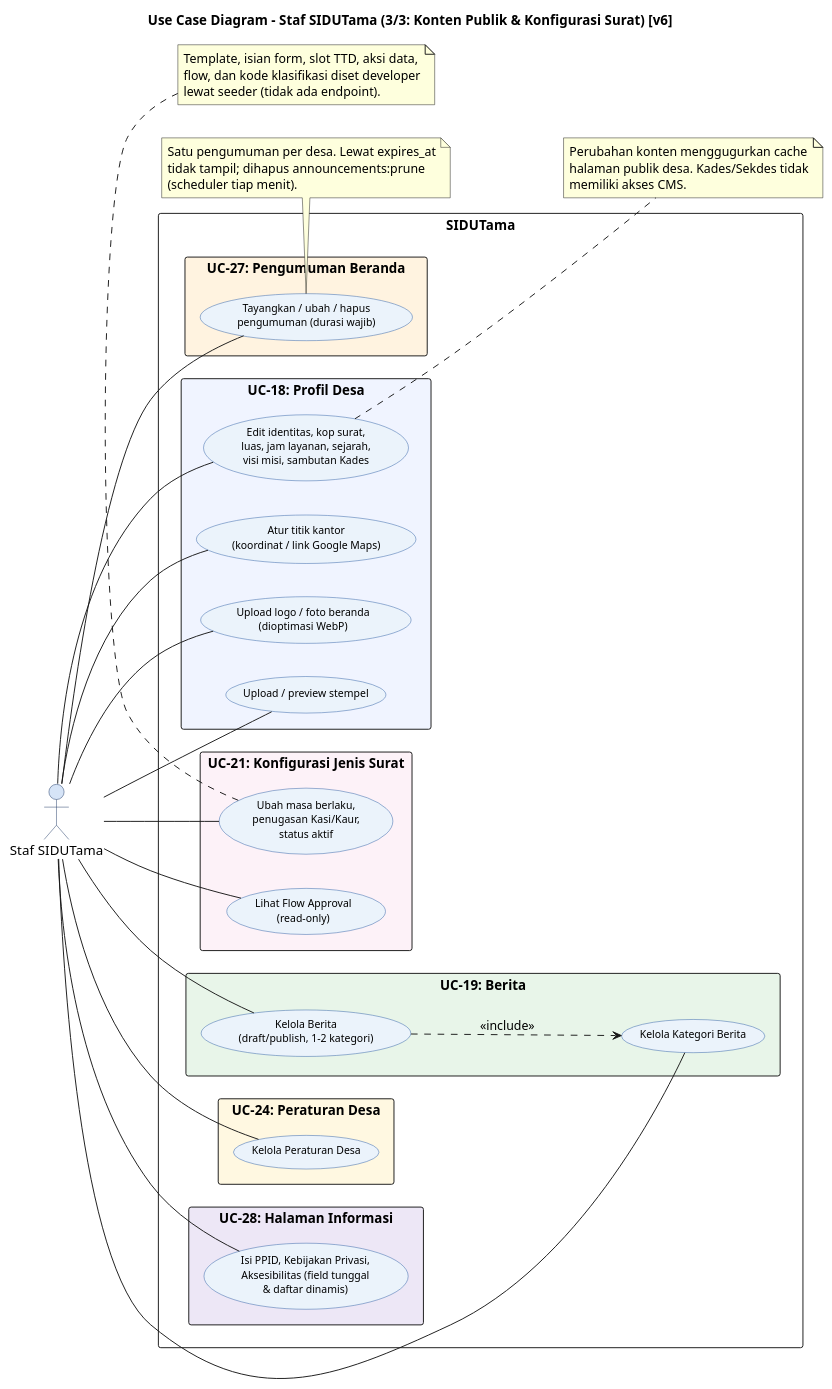
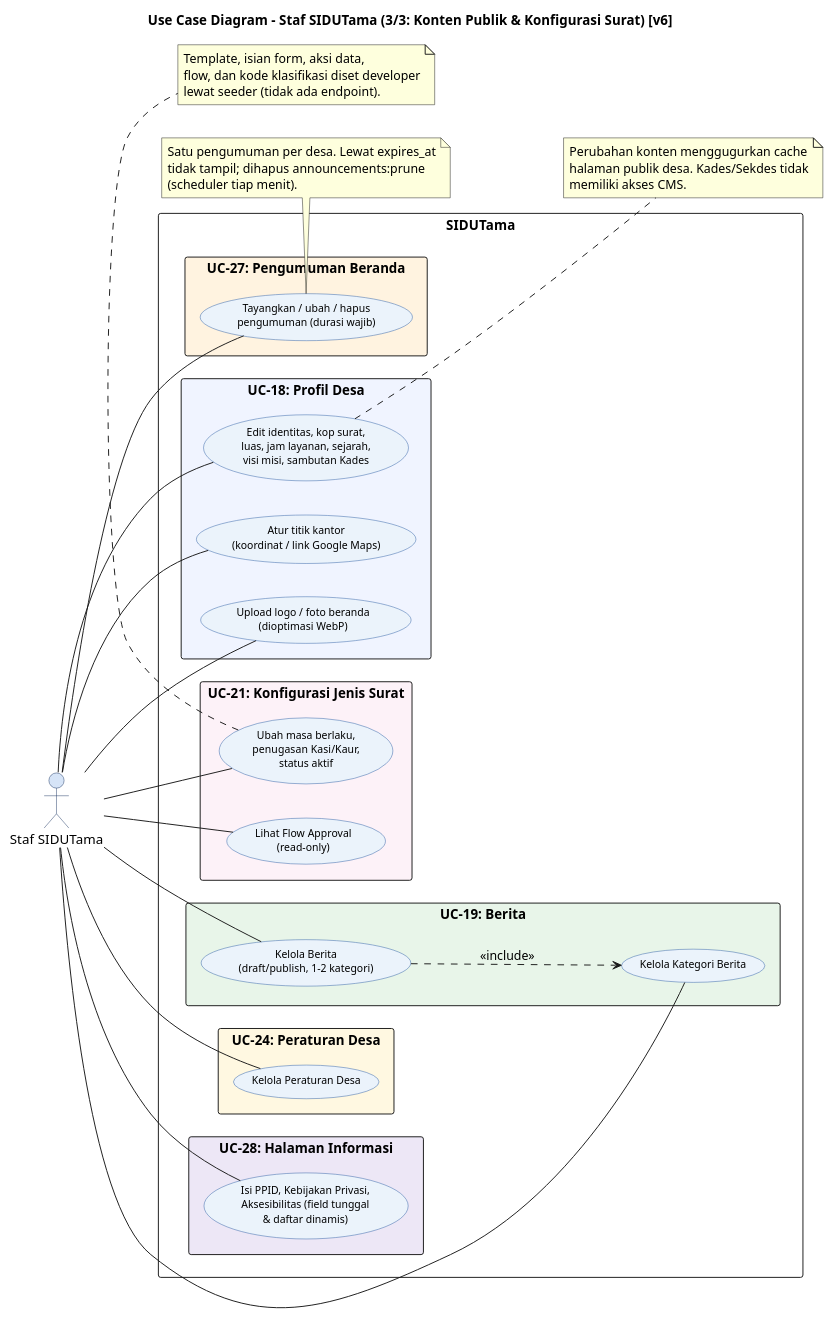
One commit to Vextronode/sid-app changed the diagram in docs/diagram/code/usecase/04_UC_PetugasDesa_KontenKonfigurasi_v6.puml. Above: the diagram before and after it, drawn with PlantUML. The commit also changed other lines of this file and 172 other files, not shown here.

First line of the commit message:
refactor(surat): hapus TTD digital, surat terbit tanpa TTD/stempel

```diff
--- a/docs/diagram/code/usecase/04_UC_PetugasDesa_KontenKonfigurasi_v6.puml
+++ b/docs/diagram/code/usecase/04_UC_PetugasDesa_KontenKonfigurasi_v6.puml
@@ -9,73 +10,71 @@
 @startuml UC_PetugasDesa_Konten_v6
 left to right direction
 skinparam packageStyle rectangle
 skinparam backgroundColor #FFFFFF
 skinparam usecase {
   BackgroundColor #EBF3FB
   BorderColor #2E5FA3
   FontName Arial
   FontSize 11
 }
 skinparam actor {
   BackgroundColor #D6E4F7
   BorderColor #1F3864
 }
 title Use Case Diagram - Staf SIDUTama (3/3: Konten Publik & Konfigurasi Surat) [v6]
 
 actor "Staf SIDUTama" as PD
 
 rectangle "SIDUTama" {
   rectangle "UC-18: Profil Desa" #F0F4FF {
     usecase "Edit identitas, kop surat,\nluas, jam layanan, sejarah,\nvisi misi, sambutan Kades" as UC_DESA
     usecase "Atur titik kantor\n(koordinat / link Google Maps)" as UC_LOC
     usecase "Upload logo / foto beranda\n(dioptimasi WebP)" as UC_IMG
-    usecase "Upload / preview stempel" as UC_STAMP
   }
   rectangle "UC-19: Berita" #E8F5E9 {
     usecase "Kelola Berita\n(draft/publish, 1-2 kategori)" as UC_NEWS
     usecase "Kelola Kategori Berita" as UC_NEWSCAT
   }
   rectangle "UC-24: Peraturan Desa" #FFF8E1 {
     usecase "Kelola Peraturan Desa" as UC_REG
   }
   rectangle "UC-27: Pengumuman Beranda" #FFF3E0 {
     usecase "Tayangkan / ubah / hapus\npengumuman (durasi wajib)" as UC_ANN
   }
   rectangle "UC-28: Halaman Informasi" #EDE7F6 {
     usecase "Isi PPID, Kebijakan Privasi,\nAksesibilitas (field tunggal\n& daftar dinamis)" as UC_INFO
   }
   rectangle "UC-21: Konfigurasi Jenis Surat" #FDF2F8 {
     usecase "Ubah masa berlaku,\npenugasan Kasi/Kaur,\nstatus aktif" as UC_LT
     usecase "Lihat Flow Approval\n(read-only)" as UC_FLOW
   }
 }
 
 PD -- UC_DESA
 PD -- UC_LOC
 PD -- UC_IMG
-PD -- UC_STAMP
 PD -- UC_NEWS
 PD -- UC_NEWSCAT
 PD -- UC_REG
 PD -- UC_ANN
 PD -- UC_INFO
 PD -- UC_LT
 PD -- UC_FLOW
 UC_NEWS ..> UC_NEWSCAT : <<include>>
 
 note bottom of UC_LT
-  Template, isian form, slot TTD, aksi data,
+  Template, isian form, aksi data,
   flow, dan kode klasifikasi diset developer
   lewat seeder (tidak ada endpoint).
 end note
 note bottom of UC_ANN
   Satu pengumuman per desa. Lewat expires_at
   tidak tampil; dihapus announcements:prune
   (scheduler tiap menit).
 end note
 note right of UC_DESA
   Perubahan konten menggugurkan cache
   halaman publik desa. Kades/Sekdes tidak
   memiliki akses CMS.
 end note
 @enduml
```
